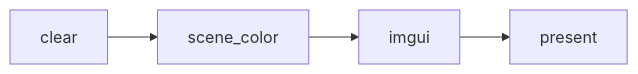
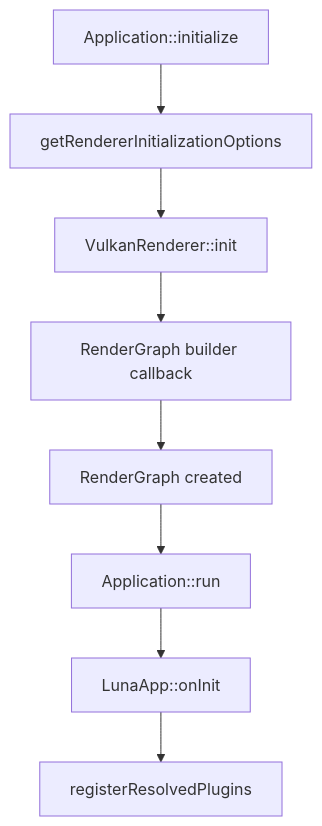
Before and after one commit to Yang-Junjie/Luna: the first of 2 diagrams in docs/manual/building-an-application-with-rendergraph.md, drawn with Mermaid. The commit also changed other lines of this file and 49 other files, not shown here.

````diff
--- a/docs/manual/building-an-application-with-rendergraph.md
+++ b/docs/manual/building-an-application-with-rendergraph.md
@@ -69,6 +18,10 @@
 ```mermaid
-graph LR
-    A[clear] --> B[scene_color]
-    B --> C[imgui]
-    C --> D[present]
+graph TD
+    A[Application::initialize] --> B[getRendererInitializationOptions]
+    B --> C[VulkanRenderer::init]
+    C --> D[RenderGraph builder callback]
+    D --> E[RenderGraph created]
+    E --> F[Application::run]
+    F --> G[LunaApp::onInit]
+    G --> H[registerResolvedPlugins]
 ```
````
